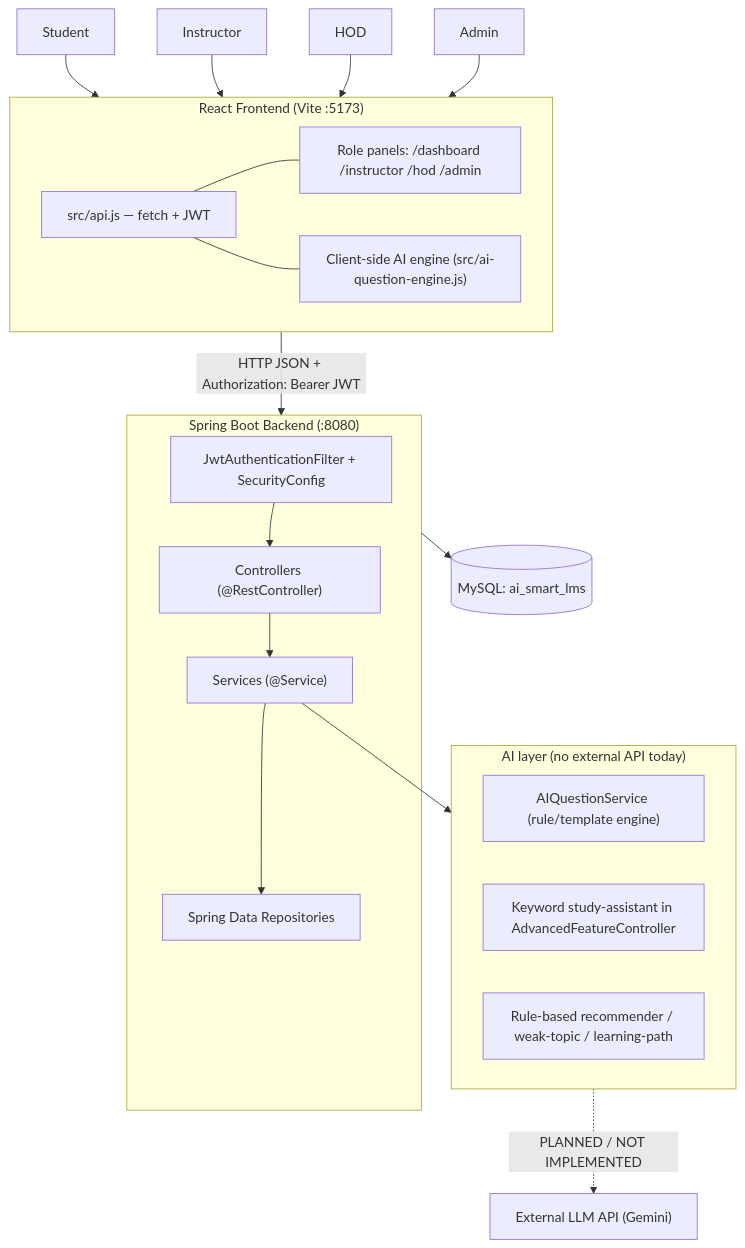
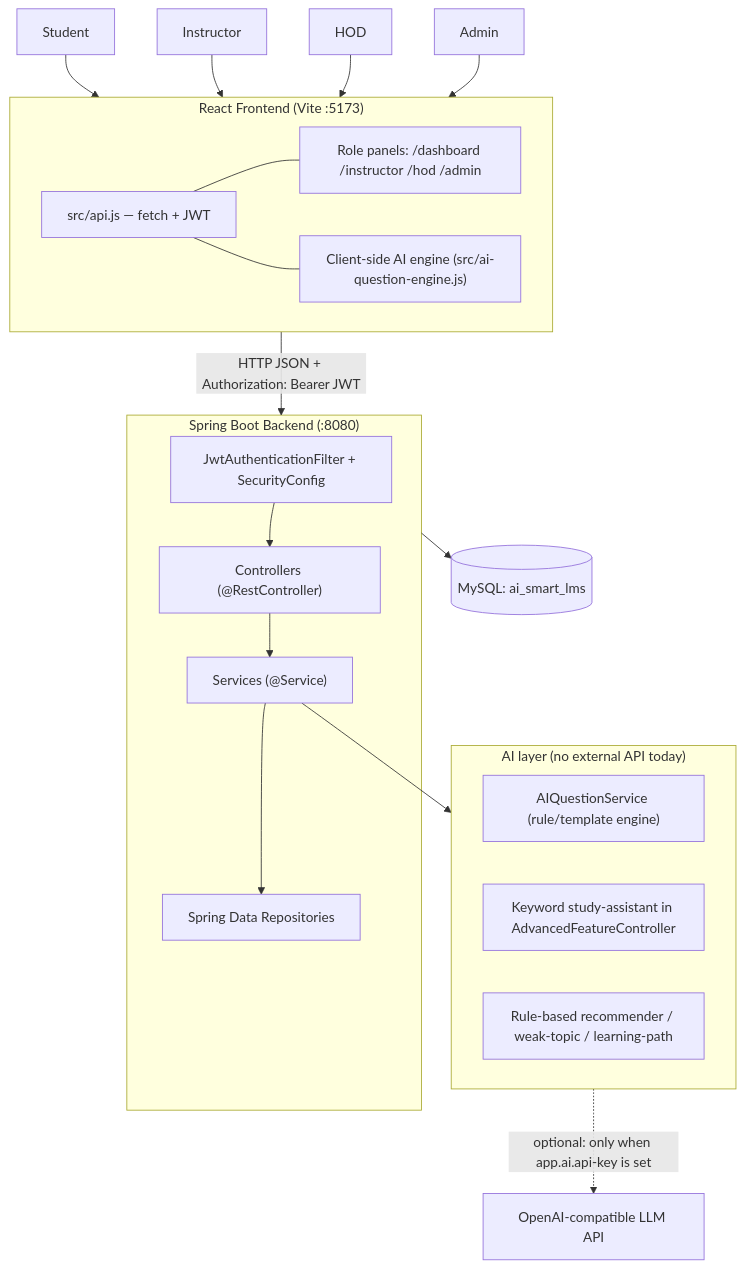
One commit to RohitDhobi/AI-Smart-LMS-Project- changed the first of 5 diagrams in docs/01-Project-Overview/ARCHITECTURE.md. Above: the diagram before and after it, drawn with Mermaid. The commit also changed other lines of this file, not shown here.

````diff
--- a/docs/01-Project-Overview/ARCHITECTURE.md
+++ b/docs/01-Project-Overview/ARCHITECTURE.md
@@ -69,33 +69,33 @@
 ```mermaid
 flowchart TD
     subgraph FE["React Frontend (Vite :5173)"]
         FE1["src/api.js — fetch + JWT"]
         FE2["Role panels: /dashboard /instructor /hod /admin"]
         FE3["Client-side AI engine (src/ai-question-engine.js)"]
         FE1 --- FE2
         FE1 --- FE3
     end
 
     subgraph BE["Spring Boot Backend (:8080)"]
         SEC["JwtAuthenticationFilter + SecurityConfig"]
         CTRL["Controllers (@RestController)"]
         SVC["Services (@Service)"]
         REPO["Spring Data Repositories"]
         SEC --> CTRL --> SVC --> REPO
     end
 
     subgraph AIL["AI layer (no external API today)"]
         AI1["AIQuestionService (rule/template engine)"]
         AI2["Keyword study-assistant in AdvancedFeatureController"]
         AI3["Rule-based recommender / weak-topic / learning-path"]
     end
 
     S[Student] --> FE
     I[Instructor] --> FE
     H[HOD] --> FE
     A[Admin] --> FE
     FE -->|HTTP JSON + Authorization: Bearer JWT| BE
     SVC --> AIL
-    AIL -. "PLANNED / NOT IMPLEMENTED" .-> GEM["External LLM API (Gemini)"]
+    AIL -. "optional: only when app.ai.api-key is set" .-> GEM["OpenAI-compatible LLM API"]
     BE --> DB[("MySQL: ai_smart_lms")]
 ```
````
